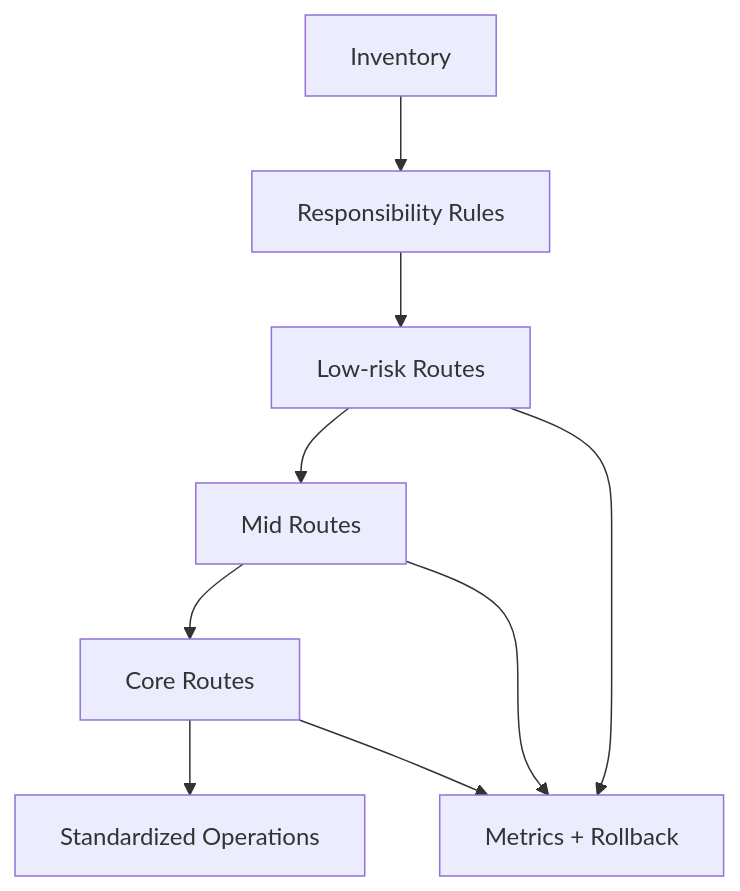
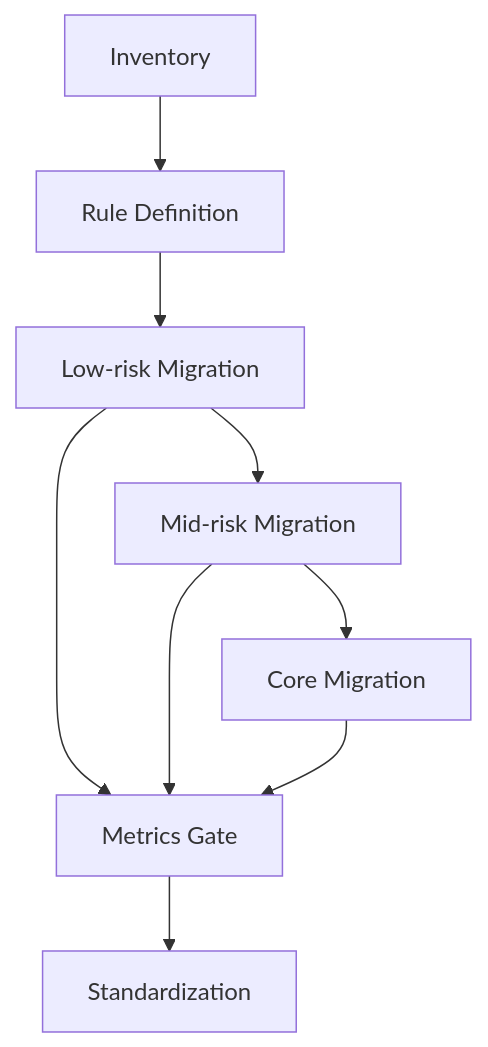
Before and after one commit to mje807/dev-blog: the diagram in content/react/react-router-v7-rsc-06-migration-guide.md, drawn with Mermaid. The commit also changed other lines of this file and 5 other files, not shown here.

````diff
--- a/content/react/react-router-v7-rsc-06-migration-guide.md
+++ b/content/react/react-router-v7-rsc-06-migration-guide.md
@@ -114,11 +153,11 @@
 ```mermaid
 flowchart TB
-  A[Inventory] --> B[Responsibility Rules]
-  B --> C[Low-risk Routes]
-  C --> D[Mid Routes]
-  D --> E[Core Routes]
-  E --> F[Standardized Operations]
-  C --> G[Metrics + Rollback]
-  D --> G
-  E --> G
+  A[Inventory] --> B[Rule Definition]
+  B --> C[Low-risk Migration]
+  C --> D[Mid-risk Migration]
+  D --> E[Core Migration]
+  C --> F[Metrics Gate]
+  D --> F
+  E --> F
+  F --> G[Standardization]
 ```
````
